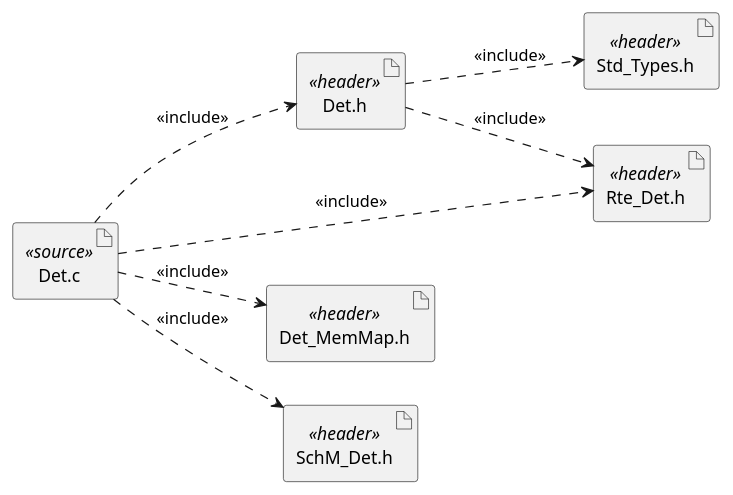
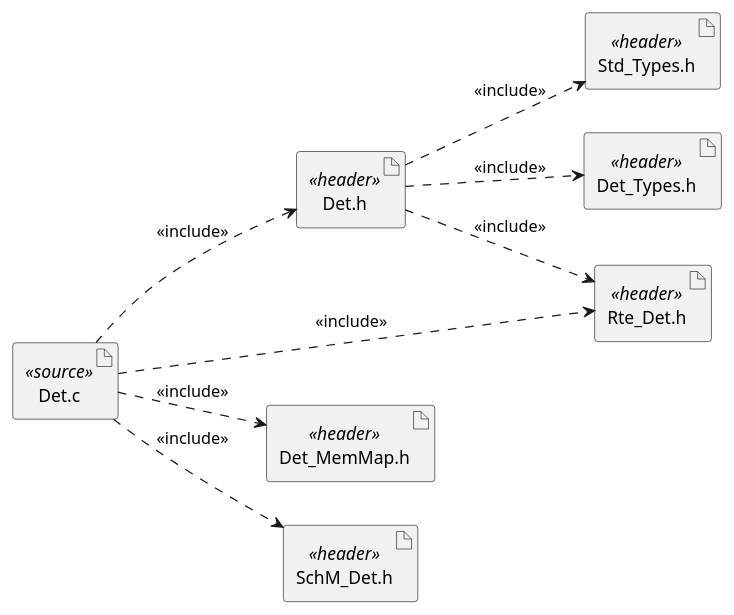
Before and after one commit to cimplart/restuml2code: the second of 4 diagrams in tests/types-functions/input.rst, drawn with PlantUML. The commit also changed other lines of this file and 5 other files, not shown here.

```diff
--- a/tests/types-functions/input.rst
+++ b/tests/types-functions/input.rst
@@ -24,17 +45,19 @@
 .. uml::
 
     left to right direction
 
     artifact Std_Types.h <<header>>
+    artifact Det_Types.h <<header>>
     artifact Det.h <<header>>
     artifact Det.c <<source>>
     artifact Rte_Det.h <<header>>
     artifact Det_MemMap.h <<header>>
     artifact SchM_Det.h <<header>>
 
     Det.h ..> Std_Types.h : <<include>>
+    Det.h ..> Det_Types.h : <<include>>
     Det.c ..> Det.h : <<include>>
     Det.c ..> Det_MemMap.h : <<include>>
     Det.c ..> SchM_Det.h : <<include>>
     Det.c ..> Rte_Det.h : <<include>>
     Det.h ..> Rte_Det.h : <<include>>
```
